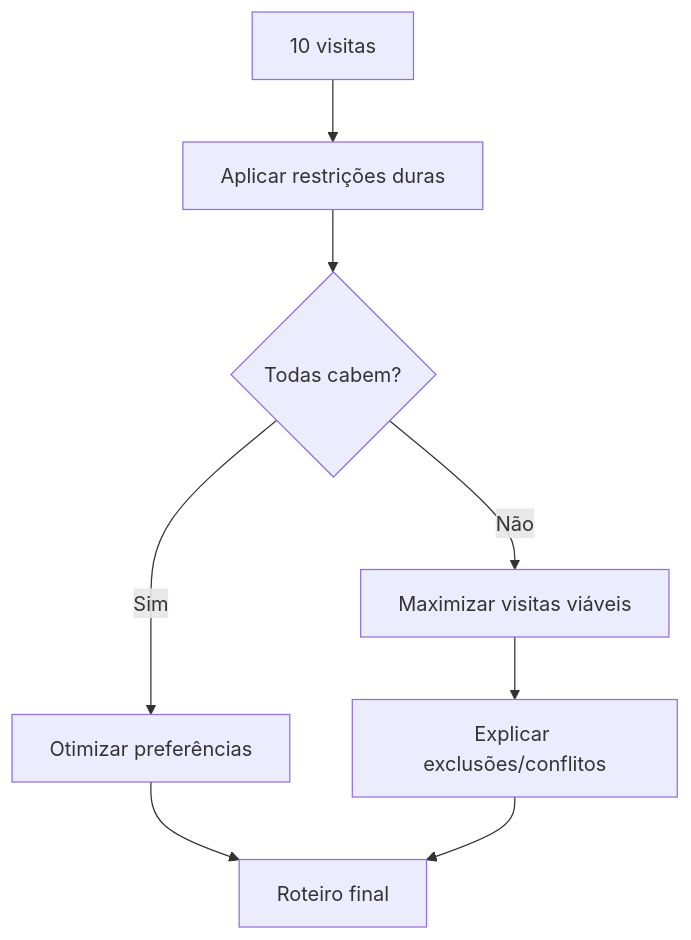
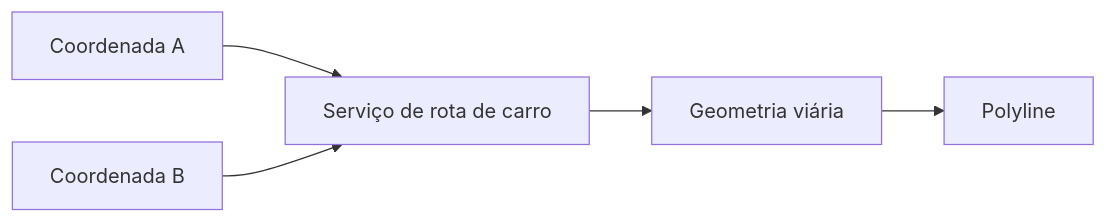
Before and after one commit to sales-force-pb/melhor-abordagem: the diagram in roteiro-inteligente/docs/06-CONSTRAINTS.md, drawn with Mermaid. The commit also changed other lines of this file, not shown here.

````diff
--- a/roteiro-inteligente/docs/06-CONSTRAINTS.md
+++ b/roteiro-inteligente/docs/06-CONSTRAINTS.md
@@ -46,10 +33,7 @@
 ```mermaid
-flowchart TD
-    A[10 visitas] --> B[Aplicar restrições duras]
-    B --> C{Todas cabem?}
-    C -- Sim --> D[Otimizar preferências]
-    C -- Não --> E[Maximizar visitas viáveis]
-    E --> F[Explicar exclusões/conflitos]
-    D --> G[Roteiro final]
-    F --> G
+flowchart LR
+    A[Coordenada A] --> R[Serviço de rota de carro]
+    B[Coordenada B] --> R
+    R --> G[Geometria viária]
+    G --> P[Polyline]
 ```
````
